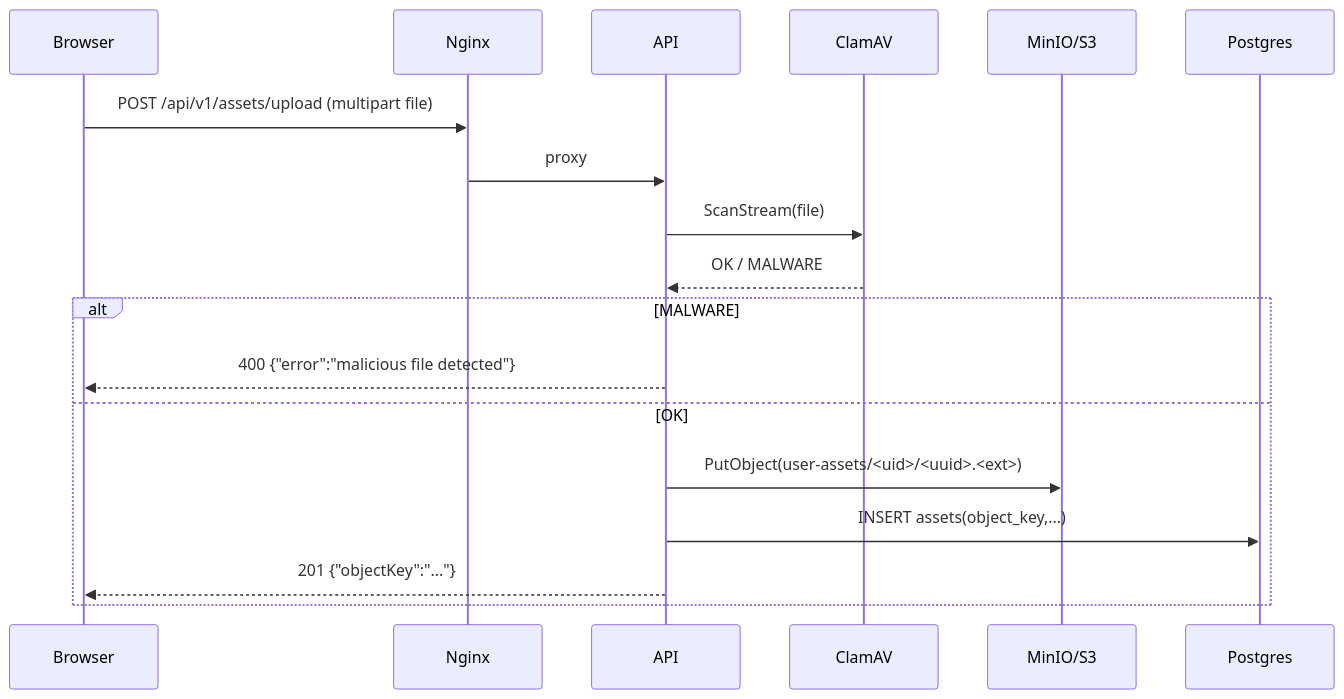
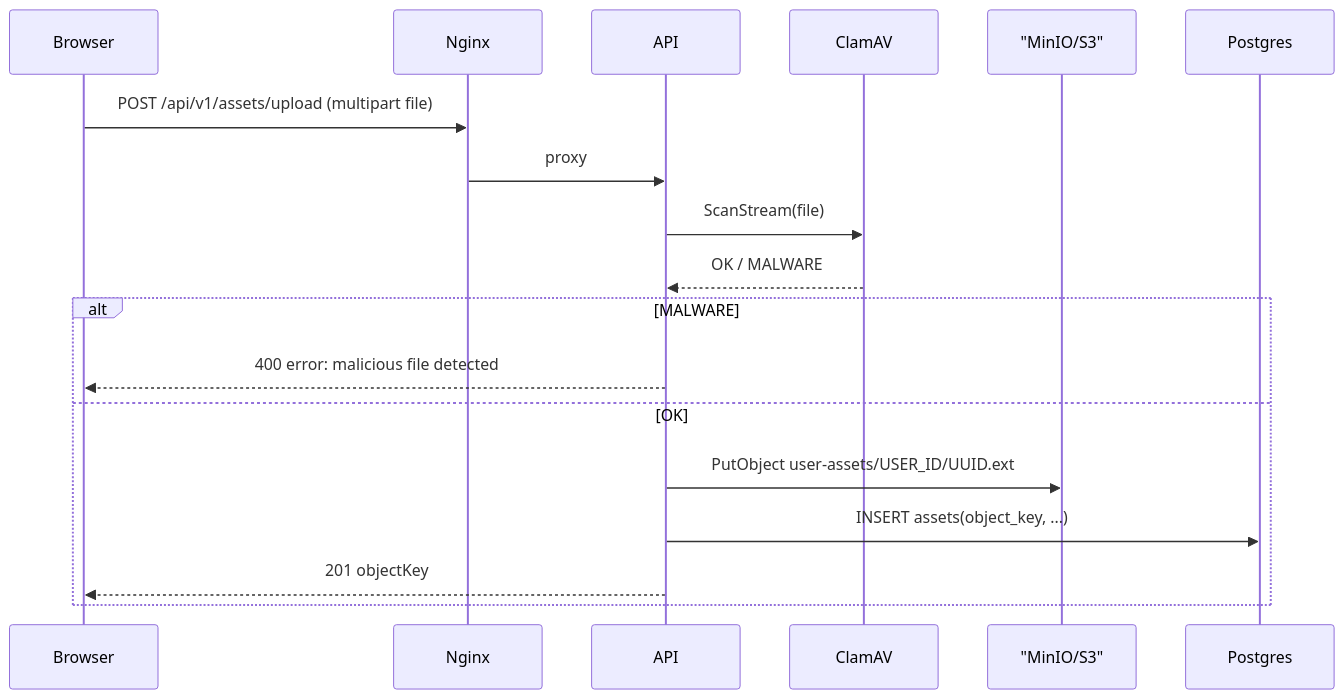
Before and after one commit to LongYiSang/phResume: the second of 3 diagrams in docs/architecture.md, drawn with Mermaid. The commit also changed other lines of this file, not shown here.

````diff
--- a/docs/architecture.md
+++ b/docs/architecture.md
@@ -96,21 +96,21 @@
 ```mermaid
 sequenceDiagram
   participant U as Browser
   participant N as Nginx
   participant A as API
   participant C as ClamAV
-  participant S as MinIO/S3
+  participant S as "MinIO/S3"
   participant PG as Postgres
 
   U->>N: POST /api/v1/assets/upload (multipart file)
   N->>A: proxy
   A->>C: ScanStream(file)
   C-->>A: OK / MALWARE
   alt MALWARE
-    A-->>U: 400 {"error":"malicious file detected"}
+    A-->>U: 400 error: malicious file detected
   else OK
-    A->>S: PutObject(user-assets/<uid>/<uuid>.<ext>)
-    A->>PG: INSERT assets(object_key,...)
-    A-->>U: 201 {"objectKey":"..."}
+    A->>S: PutObject user-assets/USER_ID/UUID.ext
+    A->>PG: INSERT assets(object_key, ...)
+    A-->>U: 201 objectKey
   end
 ```
````
